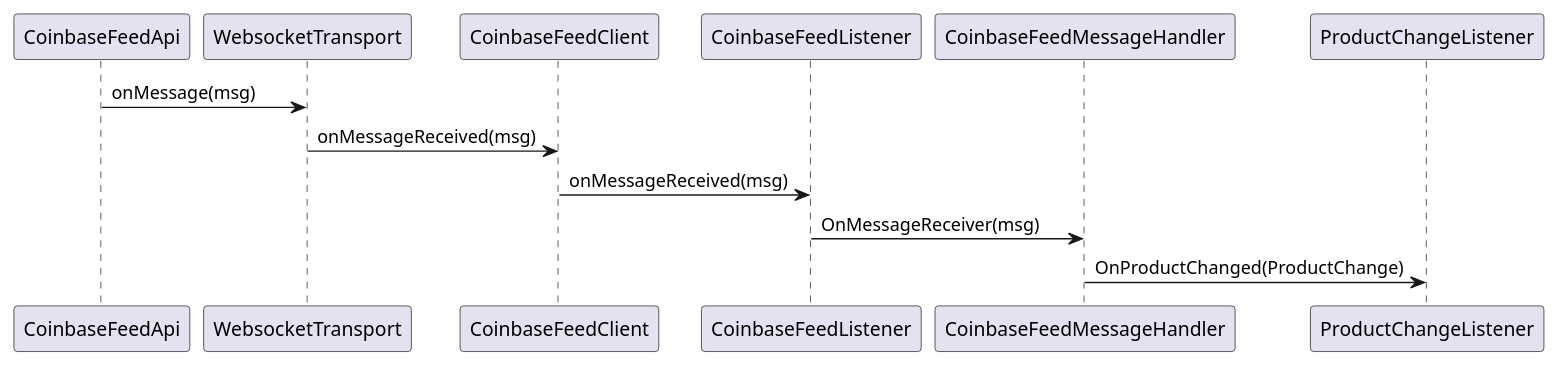
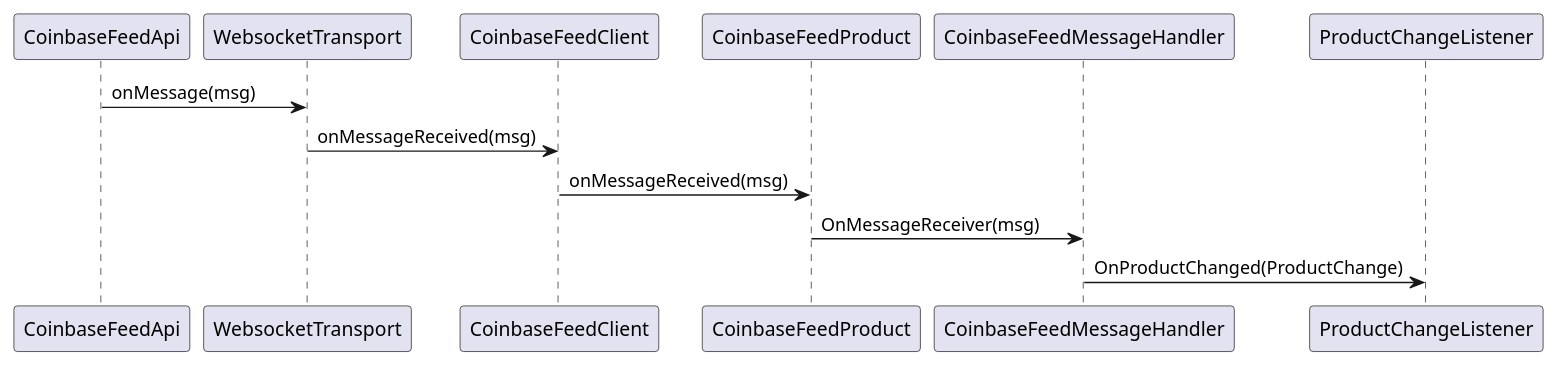
The first of 5 diagrams in docs/markdown.md (bapi23/quote-server), drawn with PlantUML before and after one commit. The commit also changed other lines of this file and 25 other files, not shown here.

````diff
--- a/docs/markdown.md
+++ b/docs/markdown.md
@@ -7,9 +7,9 @@
 ```plantuml
 @startuml "Message Received"
 CoinbaseFeedApi->WebsocketTransport: onMessage(msg)
 WebsocketTransport->CoinbaseFeedClient : onMessageReceived(msg)
-CoinbaseFeedClient->CoinbaseFeedListener : onMessageReceived(msg)
-CoinbaseFeedListener->CoinbaseFeedMessageHandler: OnMessageReceiver(msg)
+CoinbaseFeedClient->CoinbaseFeedProduct : onMessageReceived(msg)
+CoinbaseFeedProduct->CoinbaseFeedMessageHandler: OnMessageReceiver(msg)
 CoinbaseFeedMessageHandler->ProductChangeListener: OnProductChanged(ProductChange)
 @enduml
 ```
````
